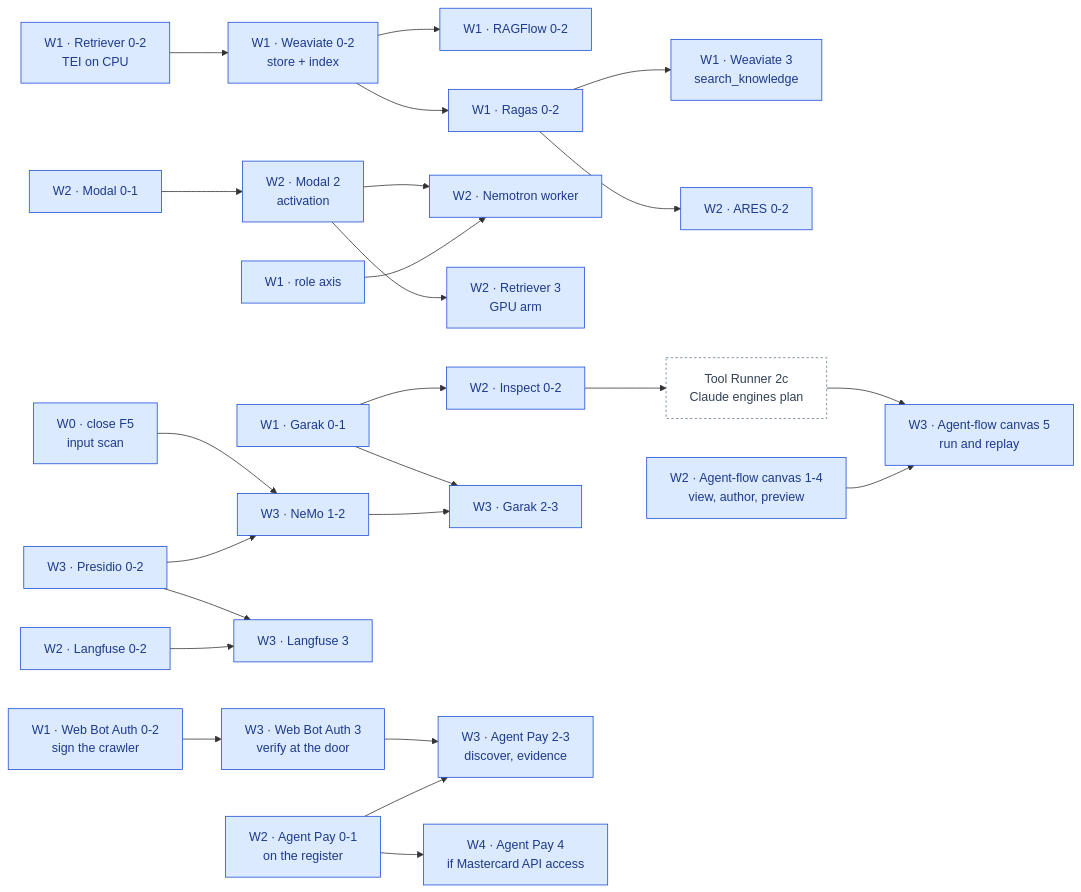
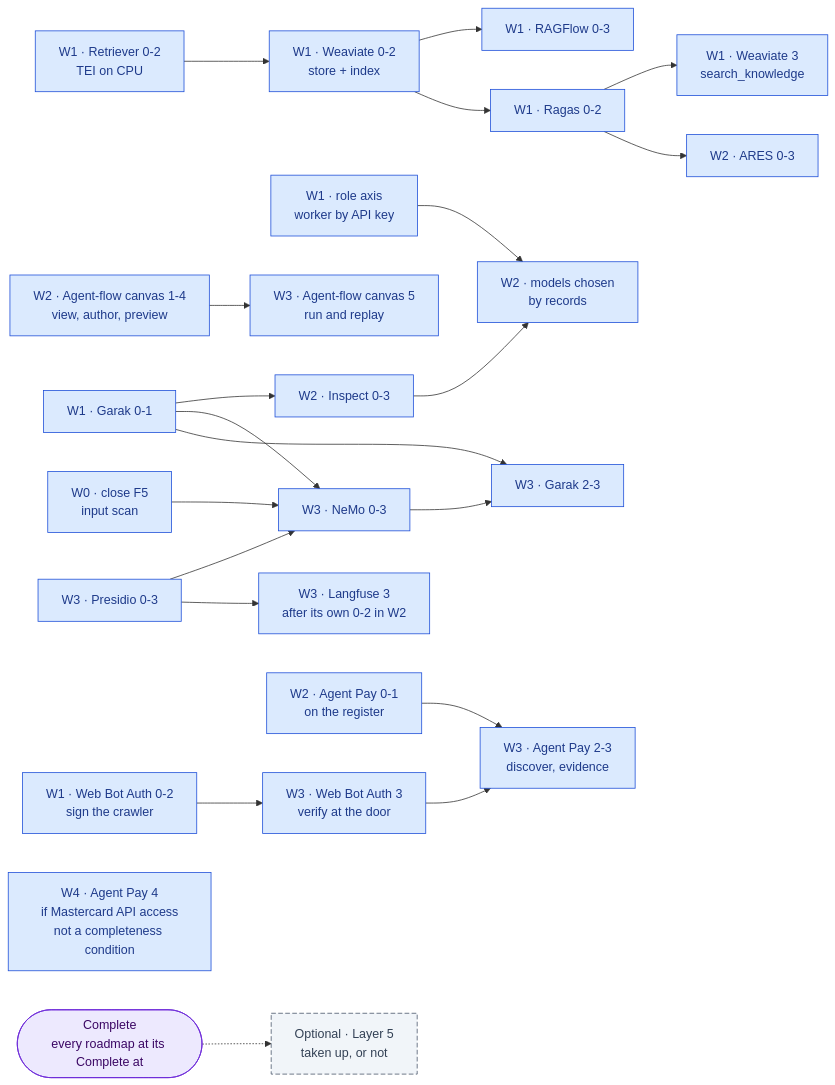
Before and after one commit to RodnaPamet/inflect-compliance: the fourth of 5 diagrams in docs/ai-architecture-roadmap.md, drawn with Mermaid. The commit also changed other lines of this file and 21 other files, not shown here.

First line of the commit message:
docs(ai-architecture): the roadmap is complete without Layer 5; models through API keys

````diff
--- a/docs/ai-architecture-roadmap.md
+++ b/docs/ai-architecture-roadmap.md
@@ -491,57 +574,51 @@
 ```mermaid
 flowchart LR
   F5["W0 · close F5<br/>input scan"]:::todo
   RT1["W1 · Retriever 0-2<br/>TEI on CPU"]:::todo
   WV2["W1 · Weaviate 0-2<br/>store + index"]:::todo
-  RF2["W1 · RAGFlow 0-2"]:::todo
+  RF2["W1 · RAGFlow 0-3"]:::todo
   RA2["W1 · Ragas 0-2"]:::todo
   WV3["W1 · Weaviate 3<br/>search_knowledge"]:::todo
-  AR2["W2 · ARES 0-2"]:::todo
+  AR2["W2 · ARES 0-3"]:::todo
   GA1["W1 · Garak 0-1"]:::todo
-  MD1["W2 · Modal 0-1"]:::todo
-  MD2["W2 · Modal 2<br/>activation"]:::todo
-  RX1["W1 · role axis"]:::todo
-  NW2["W2 · Nemotron worker"]:::todo
-  RT3["W2 · Retriever 3<br/>GPU arm"]:::todo
-  IS2["W2 · Inspect 0-2"]:::todo
-  TR2C["Tool Runner 2c<br/>Claude engines plan"]:::ext
+  RX1["W1 · role axis<br/>worker by API key"]:::todo
+  IS2["W2 · Inspect 0-3"]:::todo
+  NR3["W2 · models chosen<br/>by records"]:::todo
   AF1["W2 · Agent-flow canvas 1-4<br/>view, author, preview"]:::todo
   AF4["W3 · Agent-flow canvas 5<br/>run and replay"]:::todo
-  LU2["W2 · Langfuse 0-2"]:::todo
-  PR2["W3 · Presidio 0-2"]:::todo
-  NG2["W3 · NeMo 1-2"]:::todo
-  LU3["W3 · Langfuse 3"]:::todo
+  PR2["W3 · Presidio 0-3"]:::todo
+  NG2["W3 · NeMo 0-3"]:::todo
+  LU3["W3 · Langfuse 3<br/>after its own 0-2 in W2"]:::todo
   GA2["W3 · Garak 2-3"]:::todo
   WB2["W1 · Web Bot Auth 0-2<br/>sign the crawler"]:::todo
   WB3["W3 · Web Bot Auth 3<br/>verify at the door"]:::todo
   AP1["W2 · Agent Pay 0-1<br/>on the register"]:::todo
   AP3["W3 · Agent Pay 2-3<br/>discover, evidence"]:::todo
-  AP4["W4 · Agent Pay 4<br/>if Mastercard API access"]:::todo
+  AP4["W4 · Agent Pay 4<br/>if Mastercard API access<br/>not a completeness condition"]:::todo
+  DONE(["Complete<br/>every roadmap at its Complete at"]):::gate
+  L5["Optional · Layer 5<br/>taken up, or not"]:::optional
 
   RT1 --> WV2
   WV2 --> RF2
   WV2 --> RA2
   RA2 --> WV3
   RA2 --> AR2
-  MD1 --> MD2
-  MD2 --> NW2
-  MD2 --> RT3
-  RX1 --> NW2
+  RX1 --> NR3
+  IS2 --> NR3
   GA1 --> IS2
-  IS2 --> TR2C
-  TR2C --> AF4
   AF1 --> AF4
   F5 --> NG2
+  GA1 --> NG2
   PR2 --> NG2
   PR2 --> LU3
-  LU2 --> LU3
   GA1 --> GA2
   NG2 --> GA2
   WB2 --> WB3
   WB3 --> AP3
   AP1 --> AP3
-  AP1 --> AP4
+  DONE -.-> L5
 
   classDef todo fill:#dbeafe,stroke:#1d4ed8,color:#1e3a8a
-  classDef ext fill:#ffffff,stroke:#64748b,color:#334155,stroke-dasharray:3 3
+  classDef gate fill:#ede9fe,stroke:#6d28d9,color:#3b0764
+  classDef optional fill:#f1f5f9,stroke:#475569,color:#334155,stroke-dasharray:6 3
 ```
````
